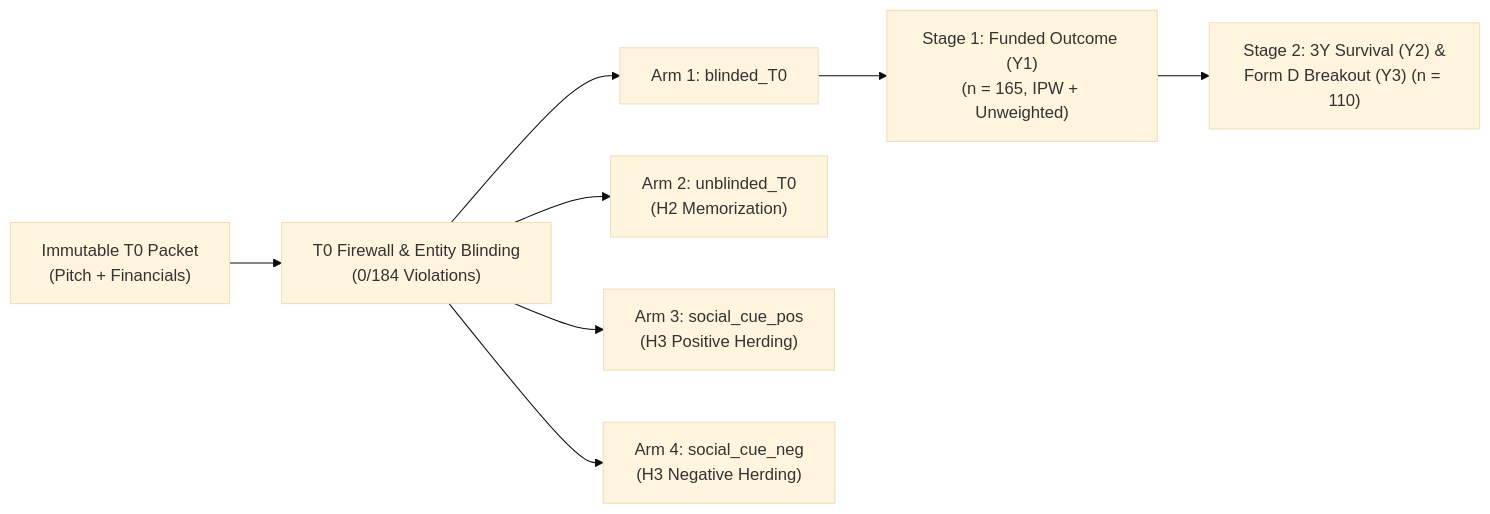
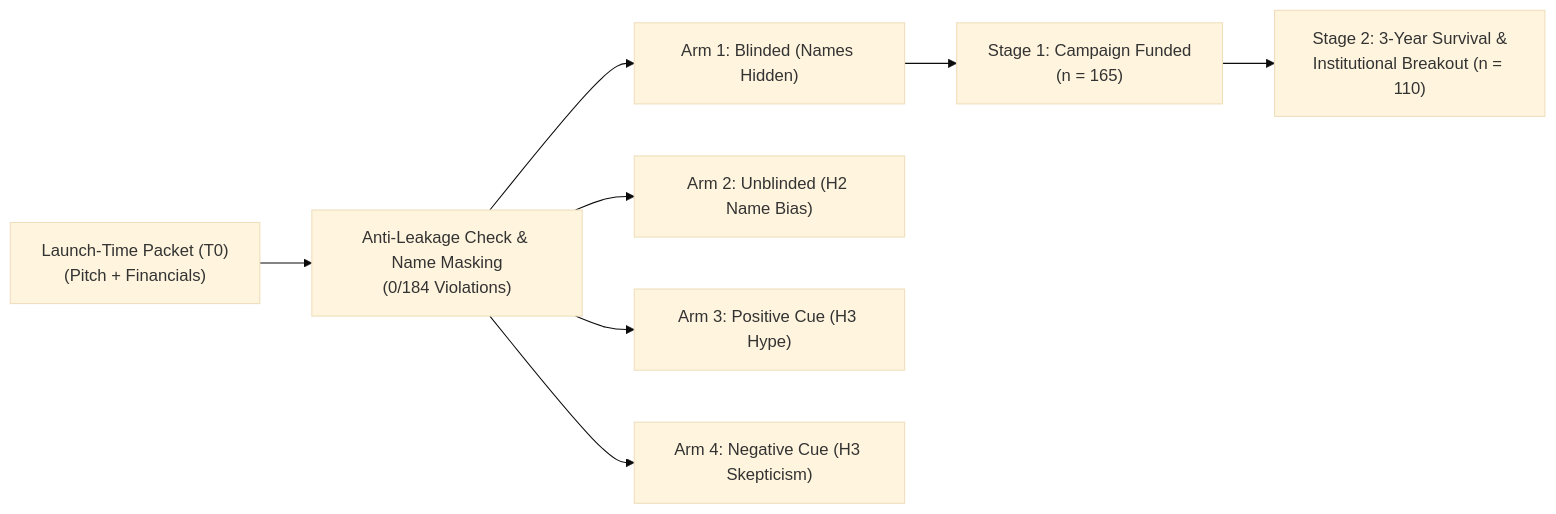
Before and after one commit to Raghavv-Saini/Business-Econ-Research: the diagram in report/BE_Research_Report.md, drawn with Mermaid (base theme). The commit also changed other lines of this file and 1 other file, not shown here.

````diff
--- a/report/BE_Research_Report.md
+++ b/report/BE_Research_Report.md
@@ -38,10 +40,10 @@
 ```mermaid
 flowchart LR
-    T0["Immutable T0 Packet\n(Pitch + Financials)"] --> FW["T0 Firewall & Entity Blinding\n(0/184 Violations)"]
-    FW --> B["Arm 1: blinded_T0"]
-    FW --> U["Arm 2: unblinded_T0\n(H2 Memorization)"]
-    FW --> P["Arm 3: social_cue_pos\n(H3 Positive Herding)"]
-    FW --> N["Arm 4: social_cue_neg\n(H3 Negative Herding)"]
-    B --> S1["Stage 1: Funded Outcome (Y1)\n(n = 165, IPW + Unweighted)"]
-    S1 --> S2["Stage 2: 3Y Survival (Y2) &\nForm D Breakout (Y3) (n = 110)"]
+    T0["Launch-Time Packet (T0)\n(Pitch + Financials)"] --> FW["Anti-Leakage Check & Name Masking\n(0/184 Violations)"]
+    FW --> B["Arm 1: Blinded (Names Hidden)"]
+    FW --> U["Arm 2: Unblinded (H2 Name Bias)"]
+    FW --> P["Arm 3: Positive Cue (H3 Hype)"]
+    FW --> N["Arm 4: Negative Cue (H3 Skepticism)"]
+    B --> S1["Stage 1: Campaign Funded\n(n = 165)"]
+    S1 --> S2["Stage 2: 3-Year Survival &\nInstitutional Breakout (n = 110)"]
 ```
````
